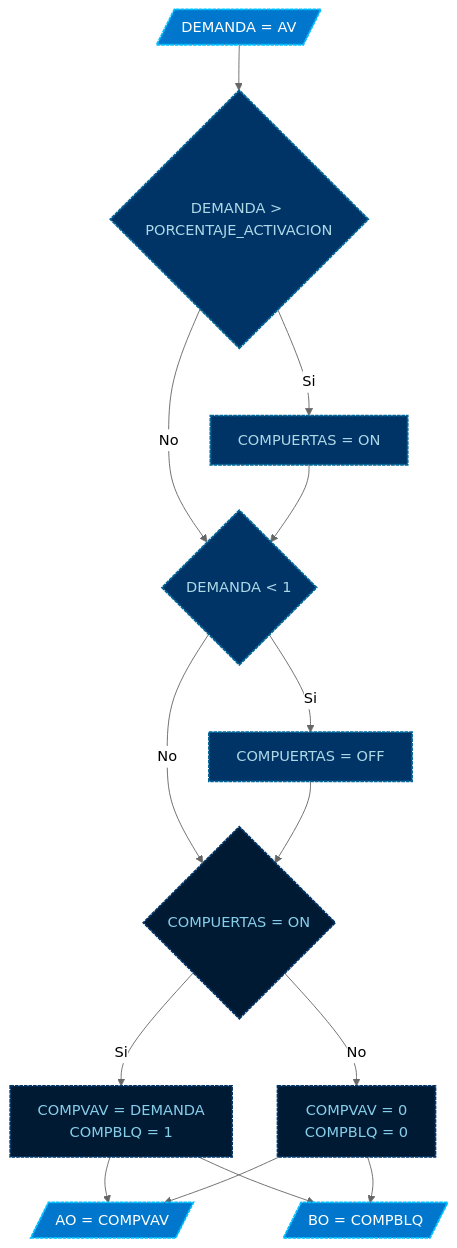
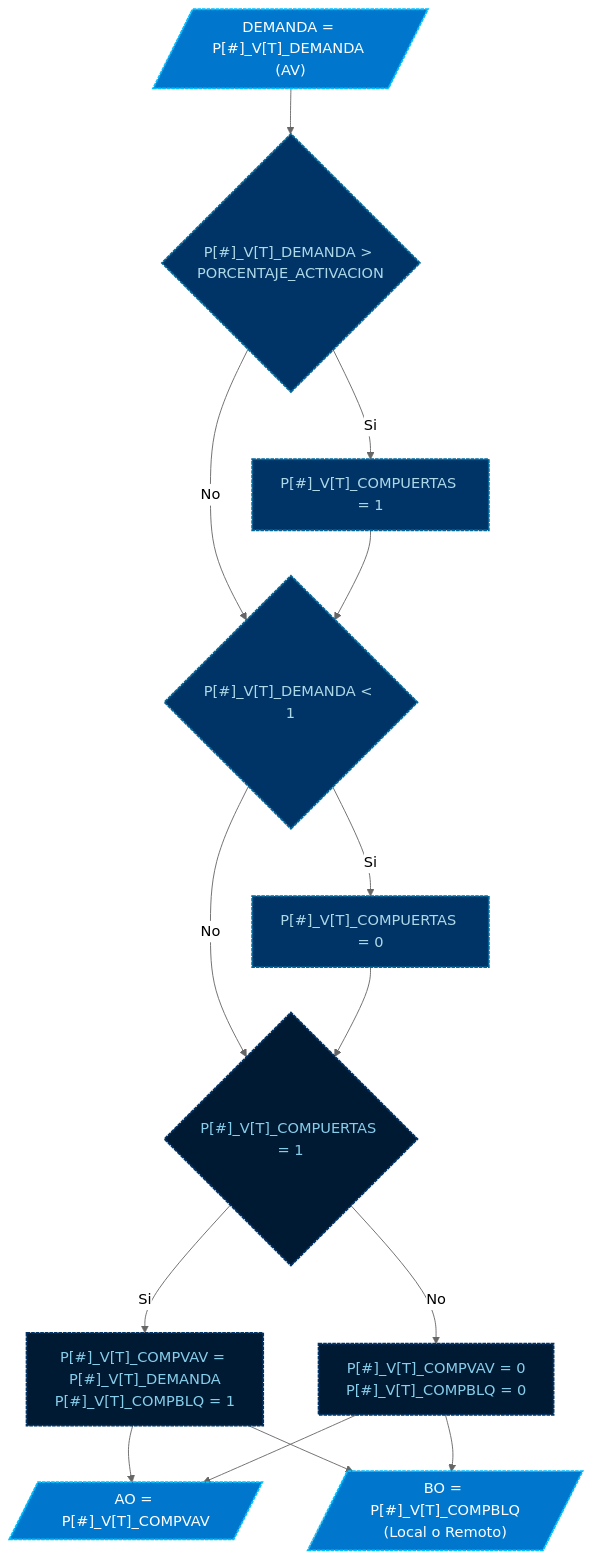
One commit to cjhirashi/ct-prub-in changed the second of 2 diagrams in Cuarto-de-Pruebas/Controlador-1/PRG2/README.md. Above: the diagram before and after it, drawn with Mermaid (neutral theme). The commit also changed other lines of this file and 4 other files, not shown here.

````diff
--- a/Cuarto-de-Pruebas/Controlador-1/PRG2/README.md
+++ b/Cuarto-de-Pruebas/Controlador-1/PRG2/README.md
@@ -97,18 +98,22 @@
 ```mermaid
 flowchart TB
-    DM[/DEMANDA = AV/]:::variables --> ACT{DEMANDA > PORCENTAJE_ACTIVACION}:::bloque1;
-        ACT -- Si --> SetActive[COMPUERTAS = ON]:::bloque1
-        ACT -- No --> DES{DEMANDA < 1}:::bloque1
+
+    DM[/"DEMANDA = P[#]_V[T]_DEMANDA (AV)"/]:::variables --> ACT{"`P[#]_V[T]_DEMANDA > PORCENTAJE_ACTIVACION`"}:::bloque1;
+
+        ACT -- Si --> SetActive["`P[#]_V[T]_COMPUERTAS = 1`"]:::bloque1
+        ACT -- No --> DES{"`P[#]_V[T]_DEMANDA < 1`"}:::bloque1
         SetActive --> DES
-        DES -- Si --> SetInactive[COMPUERTAS = OFF]:::bloque1
+        DES -- Si --> SetInactive["`P[#]_V[T]_COMPUERTAS = 0`"]:::bloque1
+
         DES -- No --> CONECTOR:::bloque2
         SetInactive --> CONECTOR
-        CONECTOR{COMPUERTAS = ON} -- Si --> SISACT[COMPVAV = DEMANDA<br>COMPBLQ = 1]:::bloque2
-        CONECTOR -- No --> SISINACT[COMPVAV = 0<br>COMPBLQ = 0]:::bloque2
-    SISACT & SISINACT --> CompVAV[/AO = COMPVAV/]:::variables
-    SISACT & SISINACT --> CompBloq[/BO = COMPBLQ/]:::variables
+        CONECTOR{"`P[#]_V[T]_COMPUERTAS = 1`"} -- Si --> SISACT["`P[#]_V[T]_COMPVAV = P[#]_V[T]_DEMANDA<br>P[#]_V[T]_COMPBLQ = 1`"]:::bloque2
+        CONECTOR -- No --> SISINACT["`P[#]_V[T]_COMPVAV = 0<br>P[#]_V[T]_COMPBLQ = 0`"]:::bloque2
+
+    SISACT & SISINACT --> CompVAV[/"AO = P[#]_V[T]_COMPVAV"/]:::variables
+    SISACT & SISINACT --> CompBloq[/"BO = P[#]_V[T]_COMPBLQ<br>(Local o Remoto)"/]:::variables
 
     classDef variables fill:#0077CC, stroke:#00BFFF, stroke-width:2px, color:#FFFFFF, stroke-dasharray: 4 1
     classDef bloque1 fill:#003366, stroke:#006699, stroke-width:2px, color:#ADD8E6, stroke-dasharray: 4 1
     classDef bloque2 fill:#001A33, stroke:#003366, stroke-width:2px, color:#87CEEB, stroke-dasharray: 4 1
 ```
````
